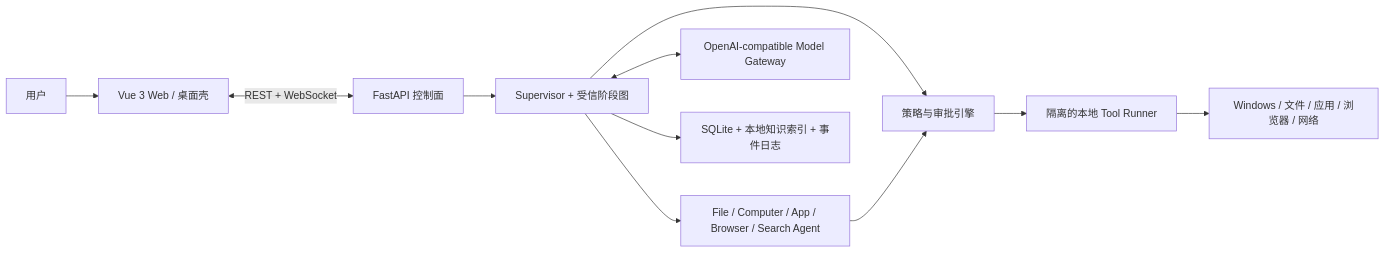
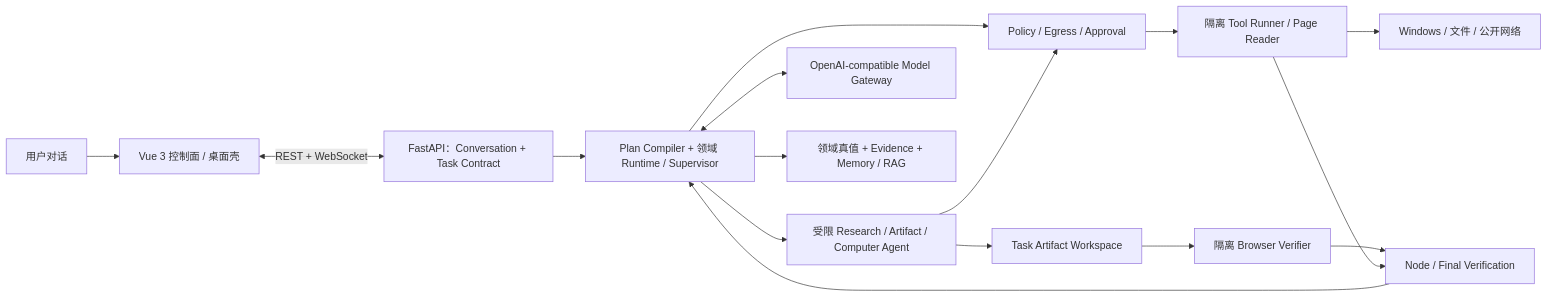
The diagram in README.md (panxiaoming298-wq/DeskPilot-agent), drawn with Mermaid before and after one commit. The commit also changed other lines of this file and 185 other files, not shown here.

````diff
--- a/README.md
+++ b/README.md
@@ -11,13 +11,18 @@
 ```mermaid
 flowchart LR
-    U["用户"] --> UI["Vue 3 Web / 桌面壳"]
-    UI <-->|"REST + WebSocket"| API["FastAPI 控制面"]
-    API --> ORCH["Supervisor + 受信阶段图"]
-    ORCH --> AGENTS["File / Computer / App / Browser / Search Agent"]
-    ORCH --> POLICY["策略与审批引擎"]
+    U["用户对话"] --> UI["Vue 3 控制面 / 桌面壳"]
+    UI <-->|"REST + WebSocket"| API["FastAPI：Conversation + Task Contract"]
+    API --> ORCH["Plan Compiler + 领域 Runtime / Supervisor"]
+    ORCH --> AGENTS["受限 Research / Artifact / Computer Agent"]
+    ORCH --> POLICY["Policy / Egress / Approval"]
     AGENTS --> POLICY
-    POLICY --> RUNNER["隔离的本地 Tool Runner"]
-    RUNNER --> OS["Windows / 文件 / 应用 / 浏览器 / 网络"]
+    POLICY --> RUNNER["隔离 Tool Runner / Page Reader"]
+    AGENTS --> WS["Task Artifact Workspace"]
+    WS --> BV["隔离 Browser Verifier"]
+    RUNNER --> EXT["Windows / 文件 / 公开网络"]
     ORCH <--> MODEL["OpenAI-compatible Model Gateway"]
-    ORCH --> DATA["SQLite + 本地知识索引 + 事件日志"]
+    ORCH --> DATA["领域真值 + Evidence + Memory / RAG"]
+    BV --> VERIFY["Node / Final Verification"]
+    RUNNER --> VERIFY
+    VERIFY --> ORCH
 ```
````
